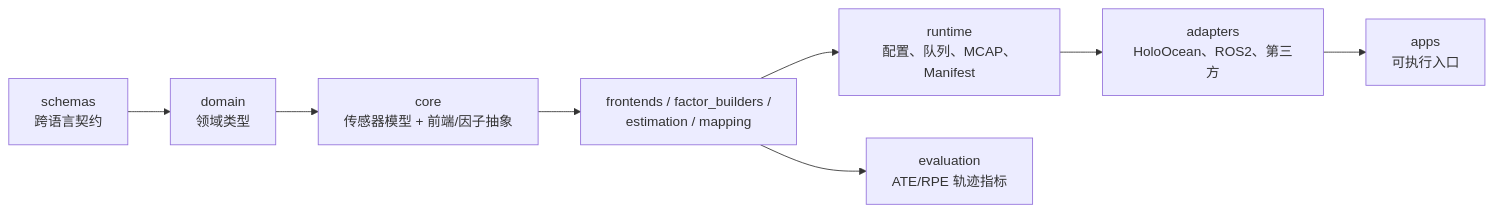
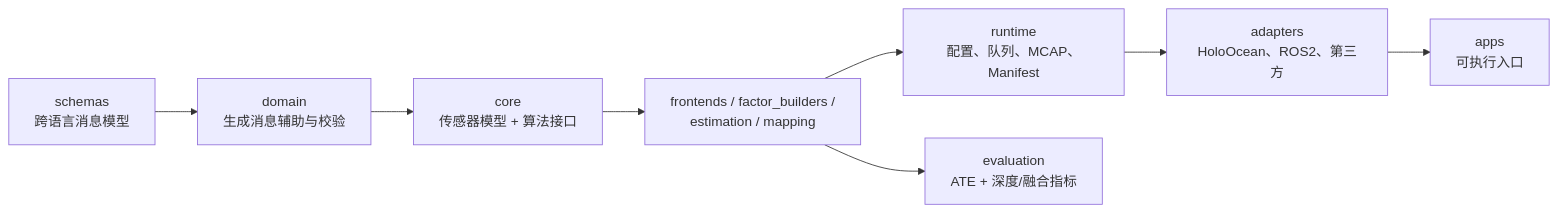
Before and after one commit to PengBY91/uw_slam: the second of 2 diagrams in README.md, drawn with Mermaid. The commit also changed other lines of this file and 72 other files, not shown here.

````diff
--- a/README.md
+++ b/README.md
@@ -172,10 +181,10 @@
 ```mermaid
 flowchart LR
-    SCHEMAS[schemas<br/>跨语言契约] --> DOMAIN[domain<br/>领域类型]
-    DOMAIN --> CORE[core<br/>传感器模型 + 前端/因子抽象]
+    SCHEMAS[schemas<br/>跨语言消息模型] --> DOMAIN[domain<br/>生成消息辅助与校验]
+    DOMAIN --> CORE[core<br/>传感器模型 + 算法接口]
     CORE --> ALGO["frontends / factor_builders /<br/>estimation / mapping"]
     ALGO --> RUNTIME[runtime<br/>配置、队列、MCAP、Manifest]
-    ALGO --> EVAL[evaluation<br/>ATE/RPE 轨迹指标]
+    ALGO --> EVAL[evaluation<br/>ATE + 深度/融合指标]
     RUNTIME --> ADAPTERS[adapters<br/>HoloOcean、ROS2、第三方]
     ADAPTERS --> APPS[apps<br/>可执行入口]
 ```
````
